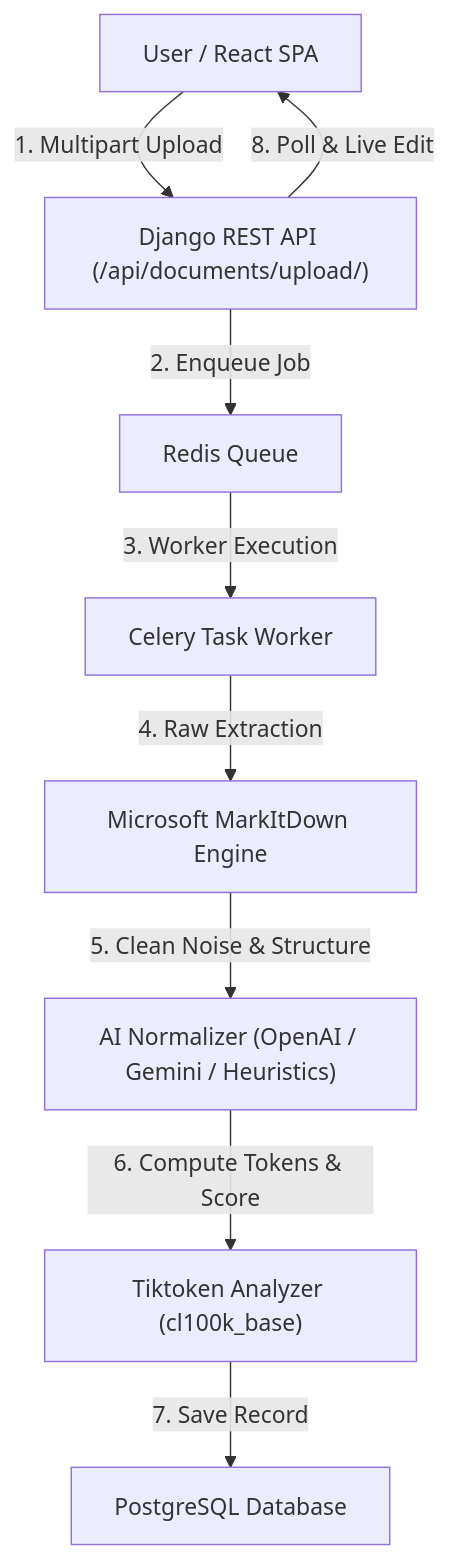
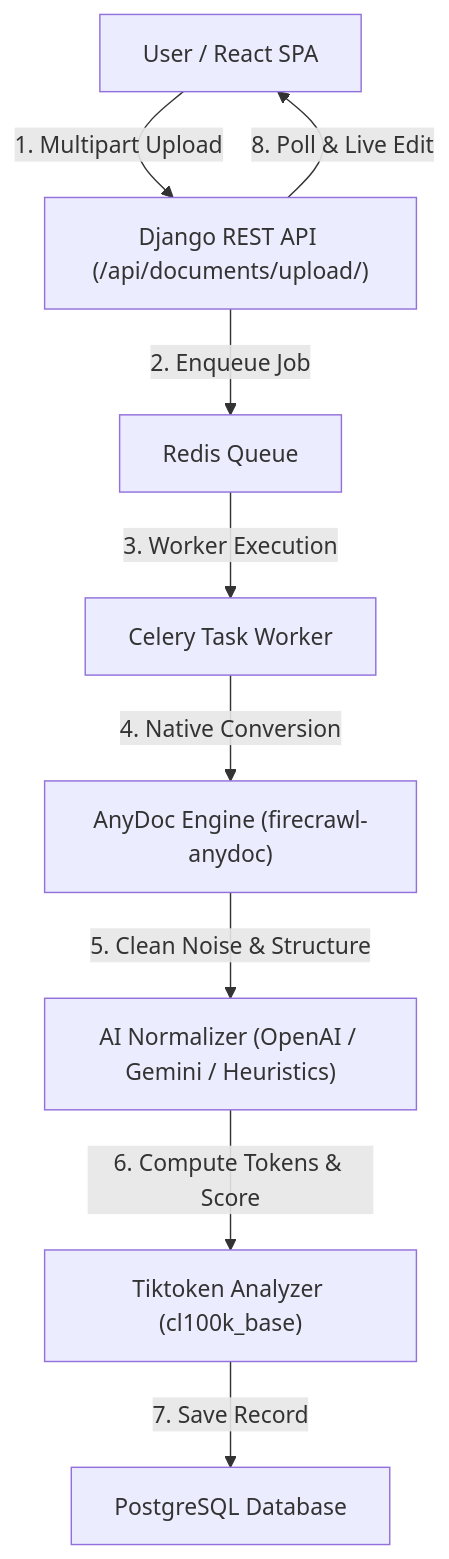
Before and after one commit to Rahil-dope/AiDoc2MD: the diagram in README.md, drawn with Mermaid. The commit also changed other lines of this file and 512 other files, not shown here.

Commit message:
feat: Integrate AnyDoc as authoritative document conversion engine across backend and frontend

````diff
--- a/README.md
+++ b/README.md
@@ -95,11 +96,11 @@
 ```mermaid
 flowchart TD
     User["User / React SPA"] -->|"1. Multipart Upload"| API["Django REST API (/api/documents/upload/)"]
     API -->|"2. Enqueue Job"| Redis["Redis Queue"]
     Redis -->|"3. Worker Execution"| Celery["Celery Task Worker"]
-    Celery -->|"4. Raw Extraction"| MarkItDown["Microsoft MarkItDown Engine"]
-    MarkItDown -->|"5. Clean Noise & Structure"| AILayer["AI Normalizer (OpenAI / Gemini / Heuristics)"]
+    Celery -->|"4. Native Conversion"| AnyDoc["AnyDoc Engine (firecrawl-anydoc)"]
+    AnyDoc -->|"5. Clean Noise & Structure"| AILayer["AI Normalizer (OpenAI / Gemini / Heuristics)"]
     AILayer -->|"6. Compute Tokens & Score"| Tiktoken["Tiktoken Analyzer (cl100k_base)"]
     Tiktoken -->|"7. Save Record"| DB["PostgreSQL Database"]
     API -->|"8. Poll & Live Edit"| User
 ```
````
